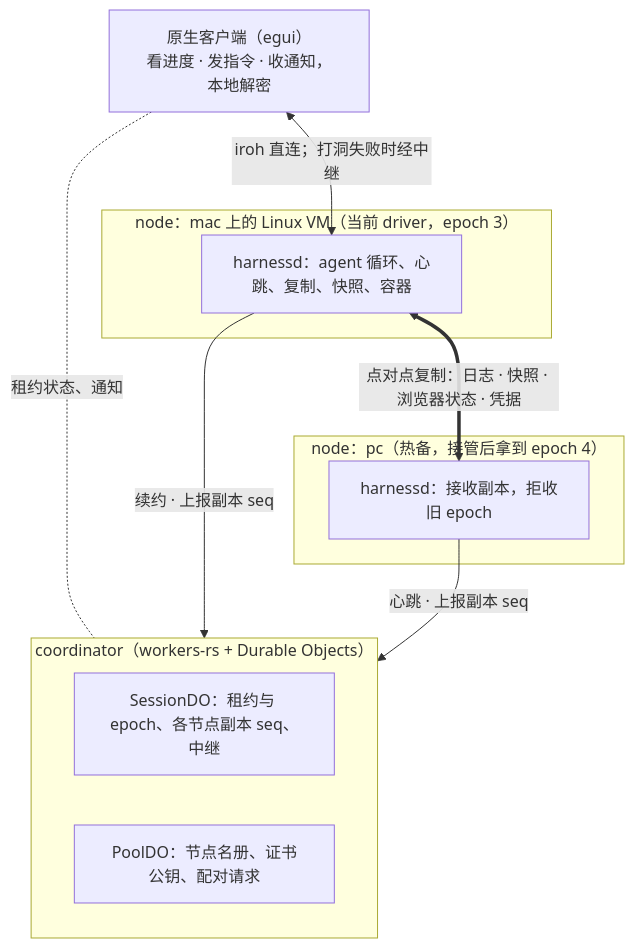
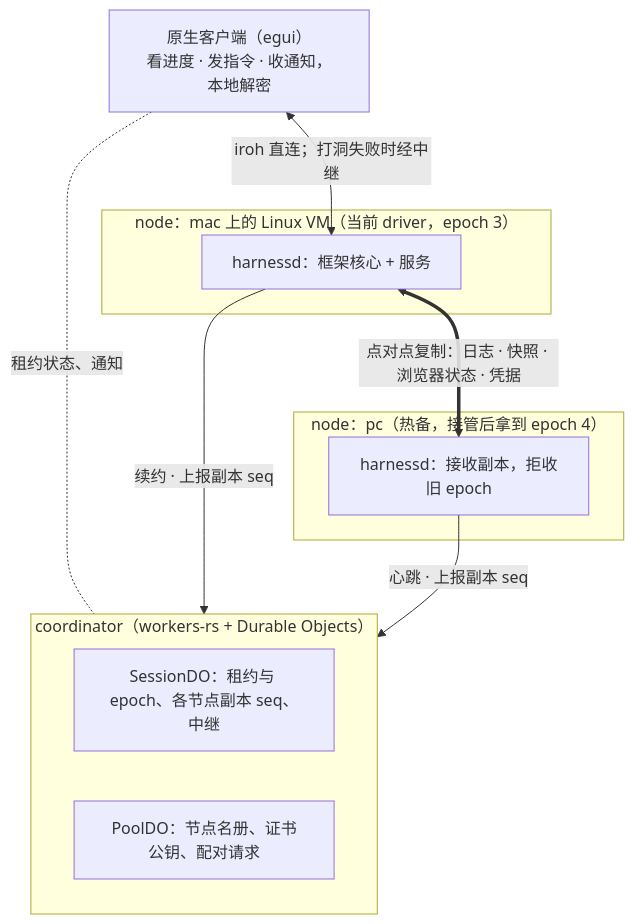
One commit to LongMenJuZhen/jita changed the second of 2 diagrams in docs/01-overview.md. Above: the diagram before and after it, drawn with Mermaid. The commit also changed other lines of this file and 10 other files, not shown here.

````diff
--- a/docs/01-overview.md
+++ b/docs/01-overview.md
@@ -58,19 +108,19 @@
 ```mermaid
 flowchart TB
     client["原生客户端（egui）<br/>看进度 · 发指令 · 收通知，本地解密"]
     subgraph cf["coordinator（workers-rs + Durable Objects）"]
         sdo["SessionDO：租约与 epoch、各节点副本 seq、中继"]
         pdo["PoolDO：节点名册、证书公钥、配对请求"]
     end
     subgraph mac["node：mac 上的 Linux VM（当前 driver，epoch 3）"]
-        mh["harnessd：agent 循环、心跳、复制、快照、容器"]
+        mh["harnessd：框架核心 + 服务"]
     end
     subgraph pc["node：pc（热备，接管后拿到 epoch 4）"]
         ph["harnessd：接收副本，拒收旧 epoch"]
     end
     client <-- "iroh 直连；打洞失败时经中继" --> mh
     client -. "租约状态、通知" .- cf
     mh -- "续约 · 上报副本 seq" --> cf
     ph -- "心跳 · 上报副本 seq" --> cf
     mh <== "点对点复制：日志 · 快照 · 浏览器状态 · 凭据" ==> ph
 ```
````
